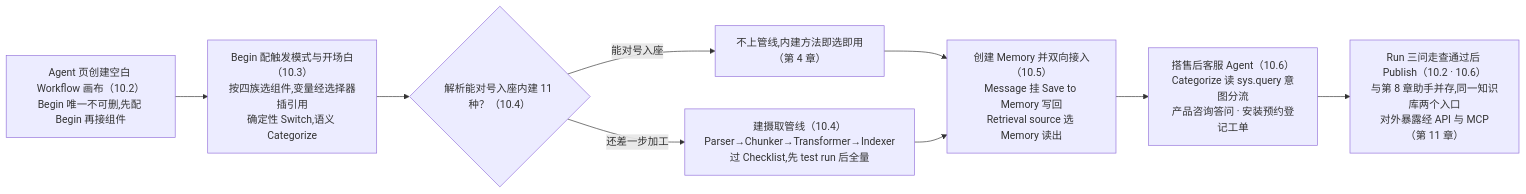
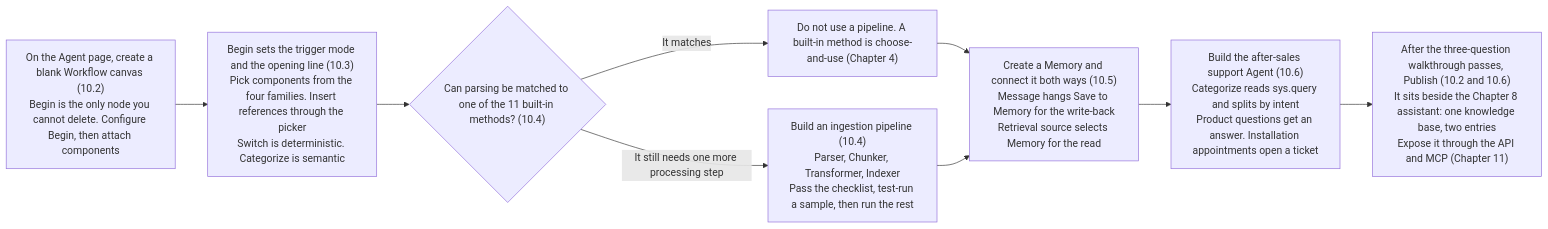
Before and after one commit to ybak/ai-tutorial: the first of 2 diagrams in books/ragflow/en/chapters/10-agent-workflow.md, drawn with Mermaid. The commit also changed other lines of this file and 16 other files, not shown here.

First line of the commit message:
docs(ragflow): 按审阅改英文图、注释和正文

````diff
--- a/books/ragflow/en/chapters/10-agent-workflow.md
+++ b/books/ragflow/en/chapters/10-agent-workflow.md
@@ -11,11 +11,11 @@
 ```mermaid
 flowchart LR
-    A["Agent 页创建空白 Workflow 画布（10.2）<br/>Begin 唯一不可删,先配 Begin 再接组件"] --> B["Begin 配触发模式与开场白（10.3）<br/>按四族选组件,变量经选择器插引用<br/>确定性 Switch,语义 Categorize"]
-    B --> C{"解析能对号入座内建 11 种？（10.4）"}
-    C -->|"能对号入座"| D["不上管线,内建方法即选即用（第 4 章）"]
-    C -->|"还差一步加工"| E["建摄取管线（10.4）<br/>Parser→Chunker→Transformer→Indexer<br/>过 Checklist,先 test run 后全量"]
-    D --> F["创建 Memory 并双向接入（10.5）<br/>Message 挂 Save to Memory 写回<br/>Retrieval source 选 Memory 读出"]
+    A["On the Agent page, create a blank Workflow canvas (10.2)<br/>Begin is the only node you cannot delete. Configure Begin, then attach components"] --> B["Begin sets the trigger mode and the opening line (10.3)<br/>Pick components from the four families. Insert references through the picker<br/>Switch is deterministic. Categorize is semantic"]
+    B --> C{"Can parsing be matched to one of the 11 built-in methods? (10.4)"}
+    C -->|"It matches"| D["Do not use a pipeline. A built-in method is choose-and-use (Chapter 4)"]
+    C -->|"It still needs one more processing step"| E["Build an ingestion pipeline (10.4)<br/>Parser, Chunker, Transformer, Indexer<br/>Pass the checklist, test-run a sample, then run the rest"]
+    D --> F["Create a Memory and connect it both ways (10.5)<br/>Message hangs Save to Memory for the write-back<br/>Retrieval source selects Memory for the read"]
     E --> F
-    F --> G["搭售后客服 Agent（10.6）<br/>Categorize 读 sys.query 意图分流<br/>产品咨询答问 · 安装预约登记工单"]
-    G --> H["Run 三问走查通过后 Publish（10.2 · 10.6）<br/>与第 8 章助手并存,同一知识库两个入口<br/>对外暴露经 API 与 MCP（第 11 章）"]
+    F --> G["Build the after-sales support Agent (10.6)<br/>Categorize reads sys.query and splits by intent<br/>Product questions get an answer. Installation appointments open a ticket"]
+    G --> H["After the three-question walkthrough passes, Publish (10.2 and 10.6)<br/>It sits beside the Chapter 8 assistant: one knowledge base, two entries<br/>Expose it through the API and MCP (Chapter 11)"]
 ```
````
